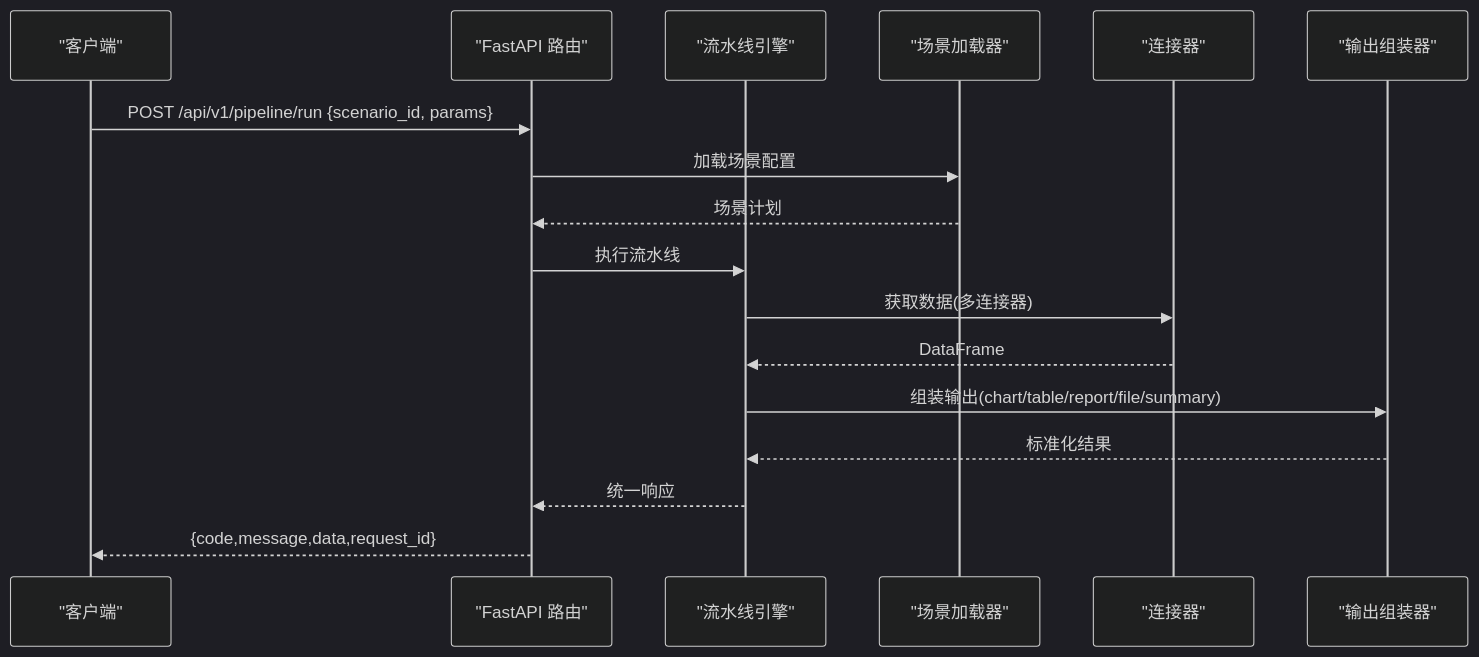
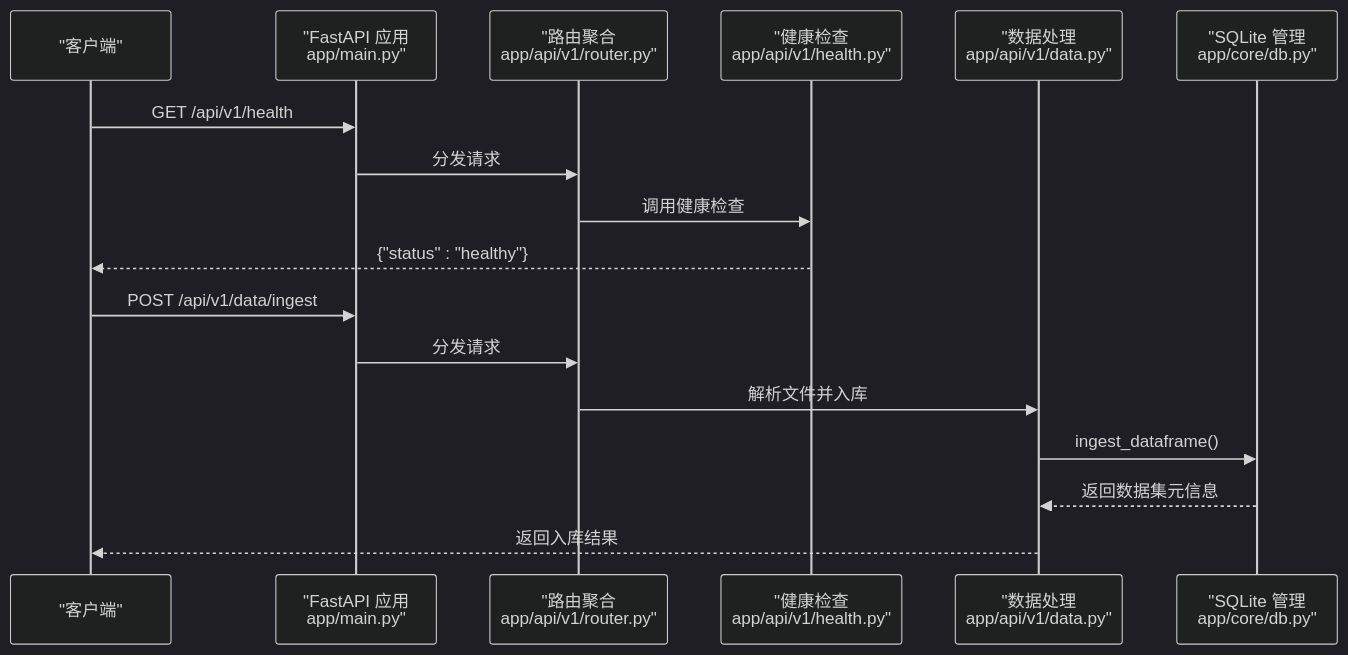
One commit to liang996plus/qoder_cn changed the second of 4 diagrams in .qoder/repowiki/zh/content/快速开始.md. Above: the diagram before and after it, drawn with Mermaid (dark theme). The commit also changed other lines of this file and 100 other files, not shown here.

````diff
--- a/.qoder/repowiki/zh/content/快速开始.md
+++ b/.qoder/repowiki/zh/content/快速开始.md
@@ -91,19 +184,19 @@
 ```mermaid
 sequenceDiagram
 participant Client as "客户端"
-participant API as "FastAPI 路由"
-participant PL as "流水线引擎"
-participant SL as "场景加载器"
-participant C as "连接器"
-participant OA as "输出组装器"
-Client->>API : POST /api/v1/pipeline/run {scenario_id, params}
-API->>SL : 加载场景配置
-SL-->>API : 场景计划
-API->>PL : 执行流水线
-PL->>C : 获取数据(多连接器)
-C-->>PL : DataFrame
-PL->>OA : 组装输出(chart/table/report/file/summary)
-OA-->>PL : 标准化结果
-PL-->>API : 统一响应
-API-->>Client : {code,message,data,request_id}
+participant Main as "FastAPI 应用<br/>app/main.py"
+participant Router as "路由聚合<br/>app/api/v1/router.py"
+participant Health as "健康检查<br/>app/api/v1/health.py"
+participant Data as "数据处理<br/>app/api/v1/data.py"
+participant DB as "SQLite 管理<br/>app/core/db.py"
+Client->>Main : GET /api/v1/health
+Main->>Router : 分发请求
+Router->>Health : 调用健康检查
+Health-->>Client : {"status" : "healthy"}
+Client->>Main : POST /api/v1/data/ingest
+Main->>Router : 分发请求
+Router->>Data : 解析文件并入库
+Data->>DB : ingest_dataframe()
+DB-->>Data : 返回数据集元信息
+Data-->>Client : 返回入库结果
 ```
````
